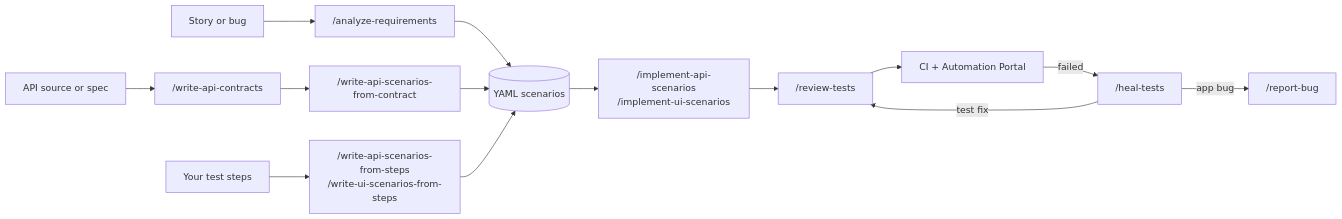
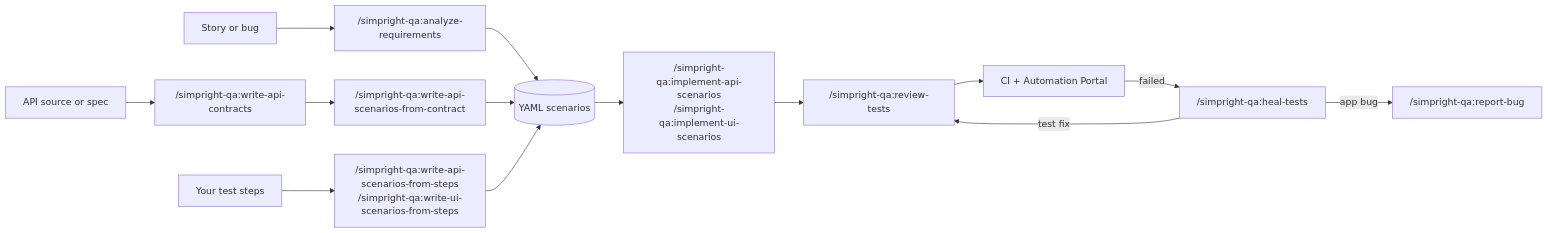
The diagram in README.md (Zaytsman/SimpRight), drawn with Mermaid before and after one commit. The commit also changed other lines of this file and 47 other files, not shown here.

````diff
--- a/README.md
+++ b/README.md
@@ -53,16 +53,16 @@
 ```mermaid
 flowchart LR
-  story["Story or bug"] --> analyze["/analyze-requirements"]
-  source["API source or spec"] --> contracts["/write-api-contracts"]
-  contracts --> fromContract["/write-api-scenarios-from-contract"]
-  steps["Your test steps"] --> fromSteps["/write-api-scenarios-from-steps<br/>/write-ui-scenarios-from-steps"]
+  story["Story or bug"] --> analyze["/simpright-qa:analyze-requirements"]
+  source["API source or spec"] --> contracts["/simpright-qa:write-api-contracts"]
+  contracts --> fromContract["/simpright-qa:write-api-scenarios-from-contract"]
+  steps["Your test steps"] --> fromSteps["/simpright-qa:write-api-scenarios-from-steps<br/>/simpright-qa:write-ui-scenarios-from-steps"]
   analyze --> scenarios[("YAML scenarios")]
   fromContract --> scenarios
   fromSteps --> scenarios
-  scenarios --> implement["/implement-api-scenarios<br/>/implement-ui-scenarios"]
-  implement --> review["/review-tests"]
+  scenarios --> implement["/simpright-qa:implement-api-scenarios<br/>/simpright-qa:implement-ui-scenarios"]
+  implement --> review["/simpright-qa:review-tests"]
   review --> ci["CI + Automation Portal"]
-  ci -- "failed" --> heal["/heal-tests"]
+  ci -- "failed" --> heal["/simpright-qa:heal-tests"]
   heal -- "test fix" --> review
-  heal -- "app bug" --> bug["/report-bug"]
+  heal -- "app bug" --> bug["/simpright-qa:report-bug"]
 ```
````
